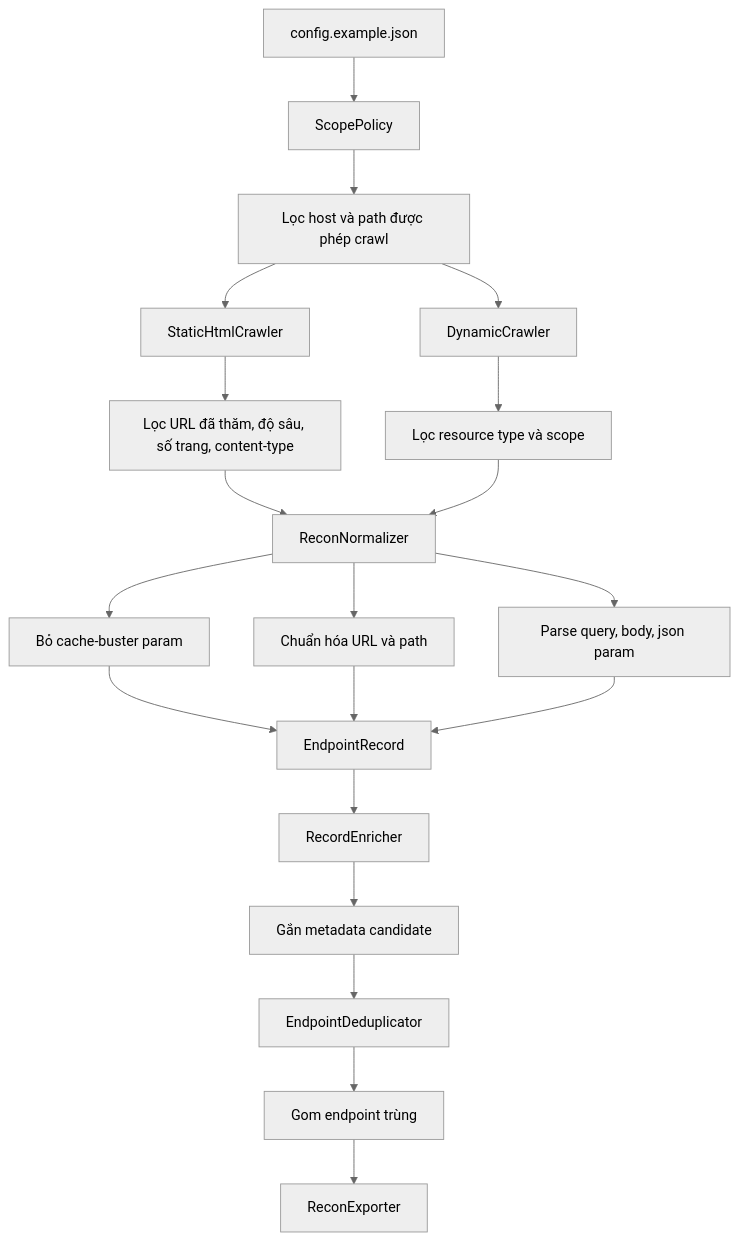
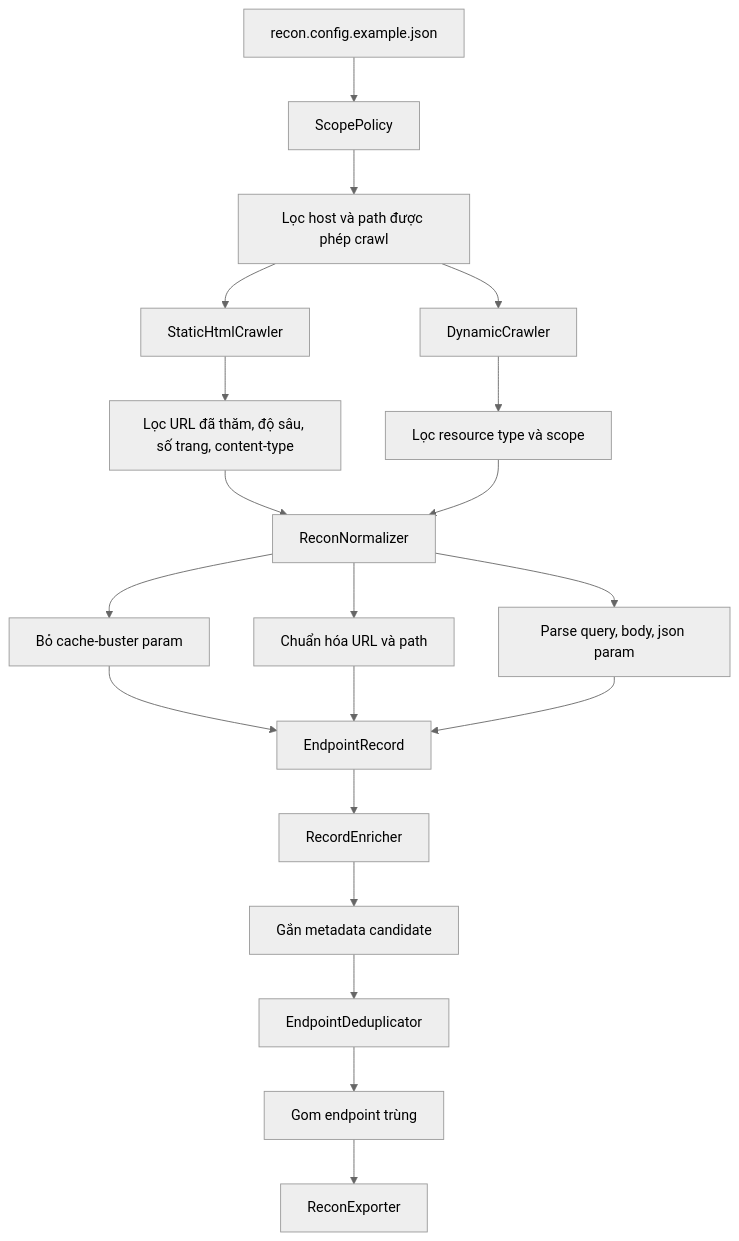
Before and after one commit to penguino7/toolkiemthu: the sixth of 11 diagrams in recontool/RECON_FLOW.md, drawn with Mermaid (neutral theme). The commit also changed 11 other files, not shown here.

````diff
--- a/recontool/RECON_FLOW.md
+++ b/recontool/RECON_FLOW.md
@@ -166,28 +166,28 @@
 ```mermaid
 flowchart TD
-    A[config.example.json] --> B[ScopePolicy]
+    A[recon.config.example.json] --> B[ScopePolicy]
     B --> C[Lọc host và path được phép crawl]
 
     C --> D[StaticHtmlCrawler]
     C --> E[DynamicCrawler]
 
     D --> F[Lọc URL đã thăm, độ sâu, số trang, content-type]
     E --> G[Lọc resource type và scope]
 
     F --> H[ReconNormalizer]
     G --> H
 
     H --> I[Bỏ cache-buster param]
     H --> J[Chuẩn hóa URL và path]
     H --> K[Parse query, body, json param]
 
     I --> L[EndpointRecord]
     J --> L
     K --> L
 
     L --> M[RecordEnricher]
     M --> N[Gắn metadata candidate]
     N --> O[EndpointDeduplicator]
     O --> P[Gom endpoint trùng]
     P --> Q[ReconExporter]
 ```
````
